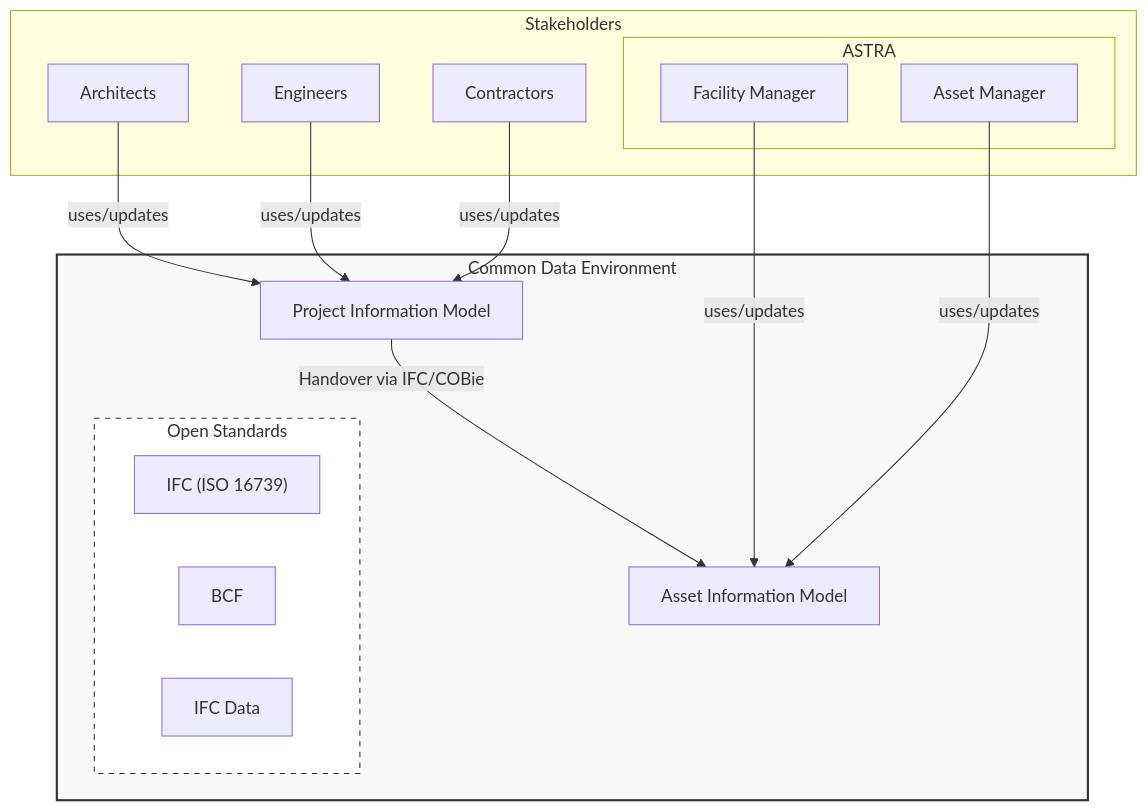
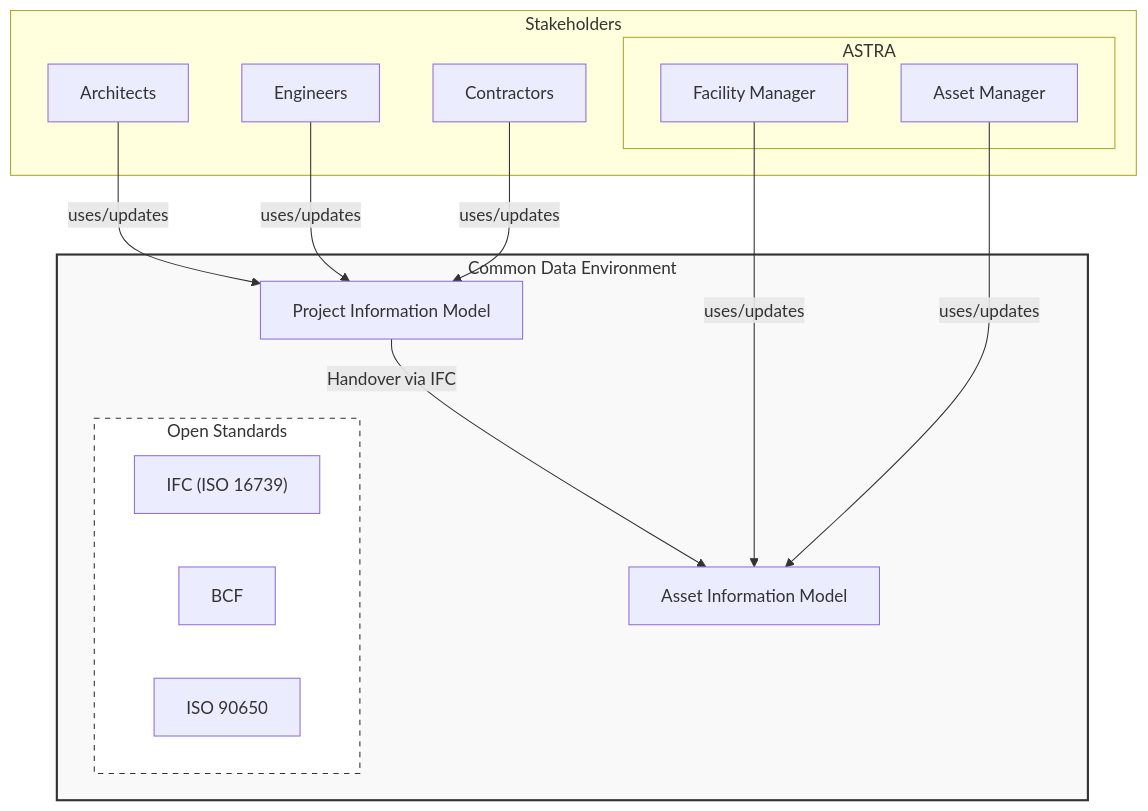
The second of 2 diagrams in processes/pim_aim.md (NikolayBorissovASTRA/bim), drawn with Mermaid before and after one commit.

Commit message:
Update PIM to AIM handover format in documentation

`````diff
--- a/processes/pim_aim.md
+++ b/processes/pim_aim.md
@@ -59,35 +59,35 @@
 ````mermaid
 graph TD
     subgraph Stakeholders
         Architects;
         Engineers;
         Contractors;
         subgraph Owner/Operator [ASTRA]
             FacilityManager[Facility Manager];
             AssetManager[Asset Manager];
         end
     end
 
     subgraph CDE [Common Data Environment]
         PIM[Project Information Model];
         AIM[Asset Information Model];
 
         subgraph DataFormats [Open Standards]
             IFC["IFC (ISO 16739)"];
             BCF[BCF];
-            COBie[IFC Data];
+            SN_EN_ISO[ISO 90650];
         end
     end
 
     Architects -- uses/updates --> PIM;
     Engineers -- uses/updates --> PIM;
     Contractors -- uses/updates --> PIM;
 
-    PIM -- Handover via IFC/COBie --> AIM;
+    PIM -- Handover via IFC --> AIM;
 
     FacilityManager -- uses/updates --> AIM;
     AssetManager -- uses/updates --> AIM;
 
     style CDE fill:#f9f9f9,stroke:#333,stroke-width:2px
     style DataFormats fill:#fff,stroke:#333,stroke-width:1px,stroke-dasharray: 5 5
 ````
`````
